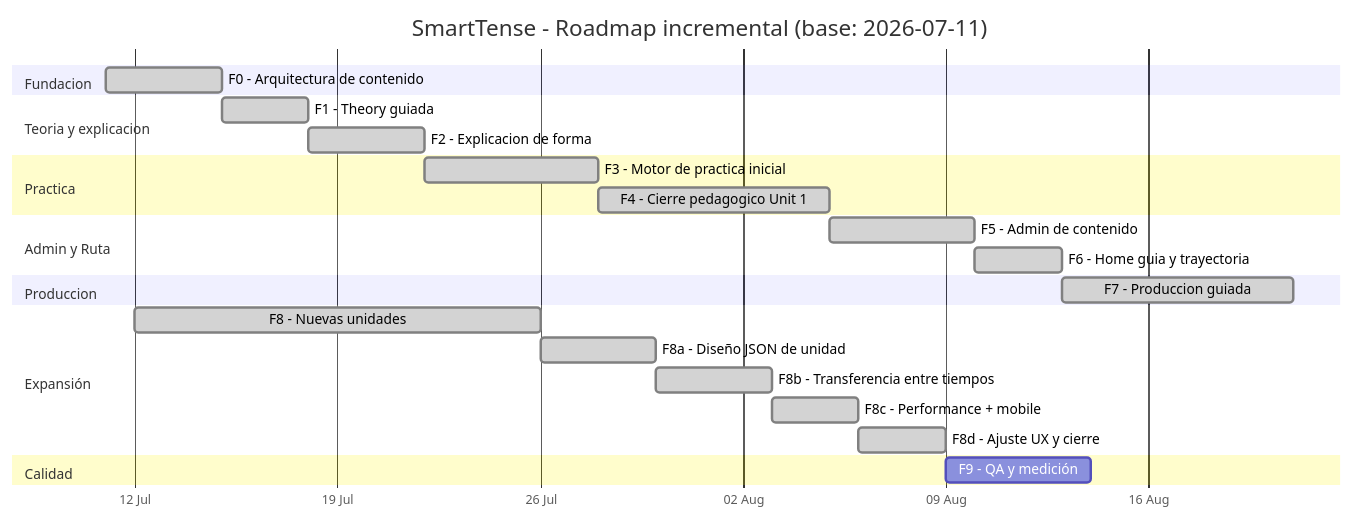
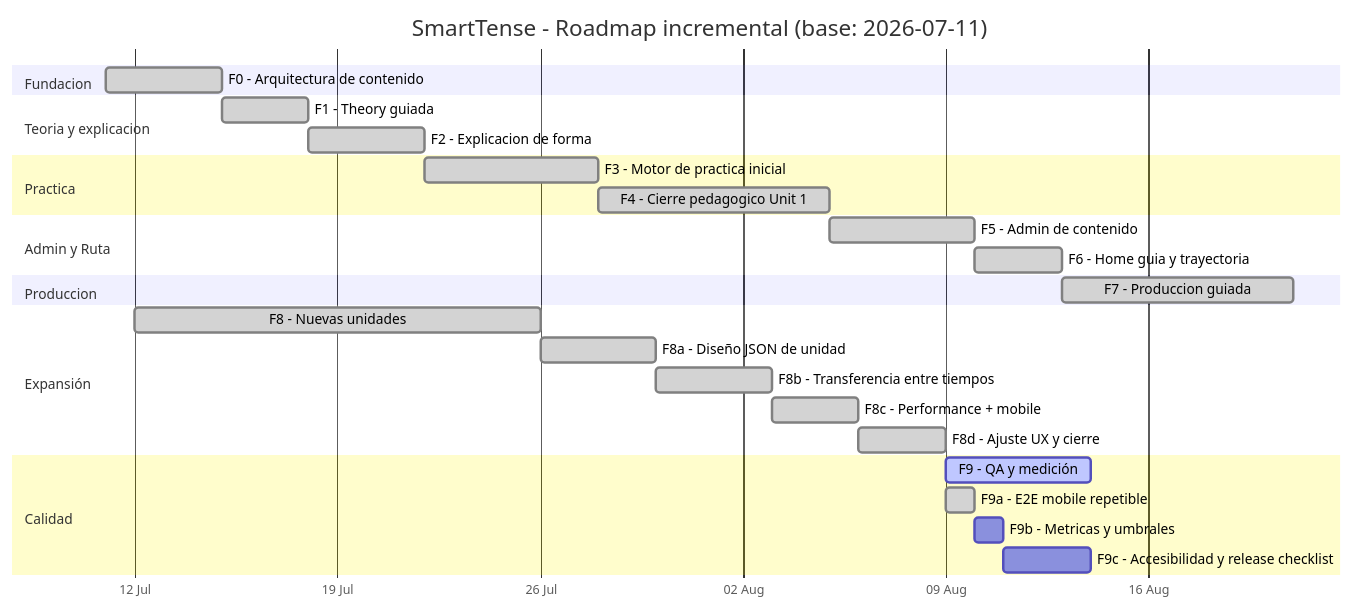
The diagram in docs/DEVELOPMENT_ROADMAP_INCREMENTAL.md (dafermen/SmartTense), drawn with Mermaid before and after one commit. The commit also changed other lines of this file and 10 other files, not shown here.

````diff
--- a/docs/DEVELOPMENT_ROADMAP_INCREMENTAL.md
+++ b/docs/DEVELOPMENT_ROADMAP_INCREMENTAL.md
@@ -148,27 +151,30 @@
 ```mermaid
 gantt
   title SmartTense - Roadmap incremental (base: 2026-07-11)
   dateFormat  YYYY-MM-DD
   axisFormat  %d %b
   section Fundacion
   F0 - Arquitectura de contenido       :done, f0, 2026-07-11, 4d
   section Teoria y explicacion
   F1 - Theory guiada                   :done, f1, after f0, 3d
   F2 - Explicacion de forma            :done, f2, after f1, 4d
   section Practica
   F3 - Motor de practica inicial        :done, f3, after f2, 6d
   F4 - Cierre pedagogico Unit 1        :done, f4, after f3, 8d
   section Admin y Ruta
   F5 - Admin de contenido              :done, f5, after f4, 5d
   F6 - Home guia y trayectoria         :done, f6, after f5, 3d
   section Produccion
   F7 - Produccion guiada               :done, f7, after f6, 8d
   section Expansión
   F8 - Nuevas unidades                 :done, f8, 2026-07-12, 14d
   F8a - Diseño JSON de unidad           :done, f8a, after f8, 4d
   F8b - Transferencia entre tiempos     :done, f8b, after f8a, 4d
   F8c - Performance + mobile            :done, f8c, after f8b, 3d
   F8d - Ajuste UX y cierre              :done, f8d, after f8c, 3d
   section Calidad
-  F9 - QA y medición                    :f9, after f8d, 5d
+  F9 - QA y medición                    :active, f9, after f8d, 5d
+  F9a - E2E mobile repetible             :done, f9a, after f8d, 1d
+  F9b - Metricas y umbrales              :f9b, after f9a, 1d
+  F9c - Accesibilidad y release checklist :f9c, after f9b, 3d
 ```
````
